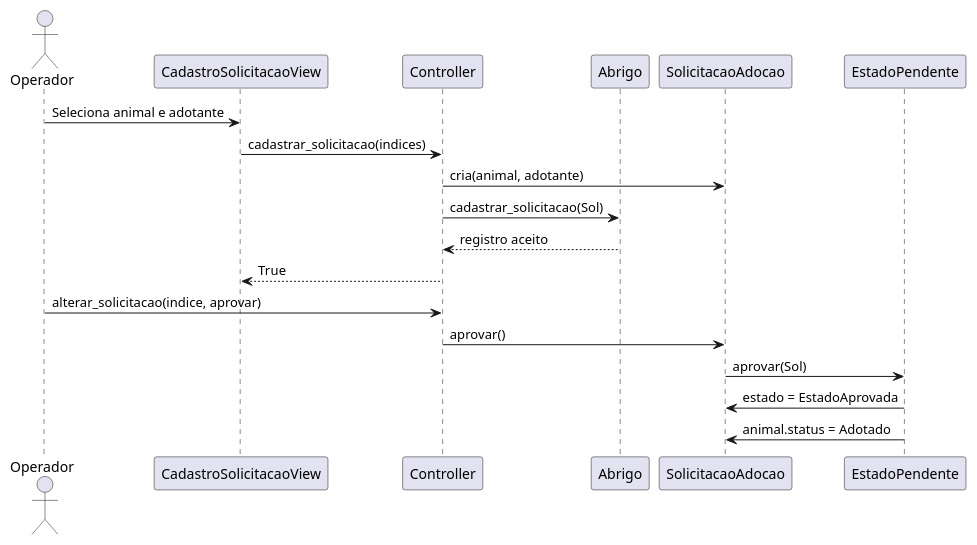
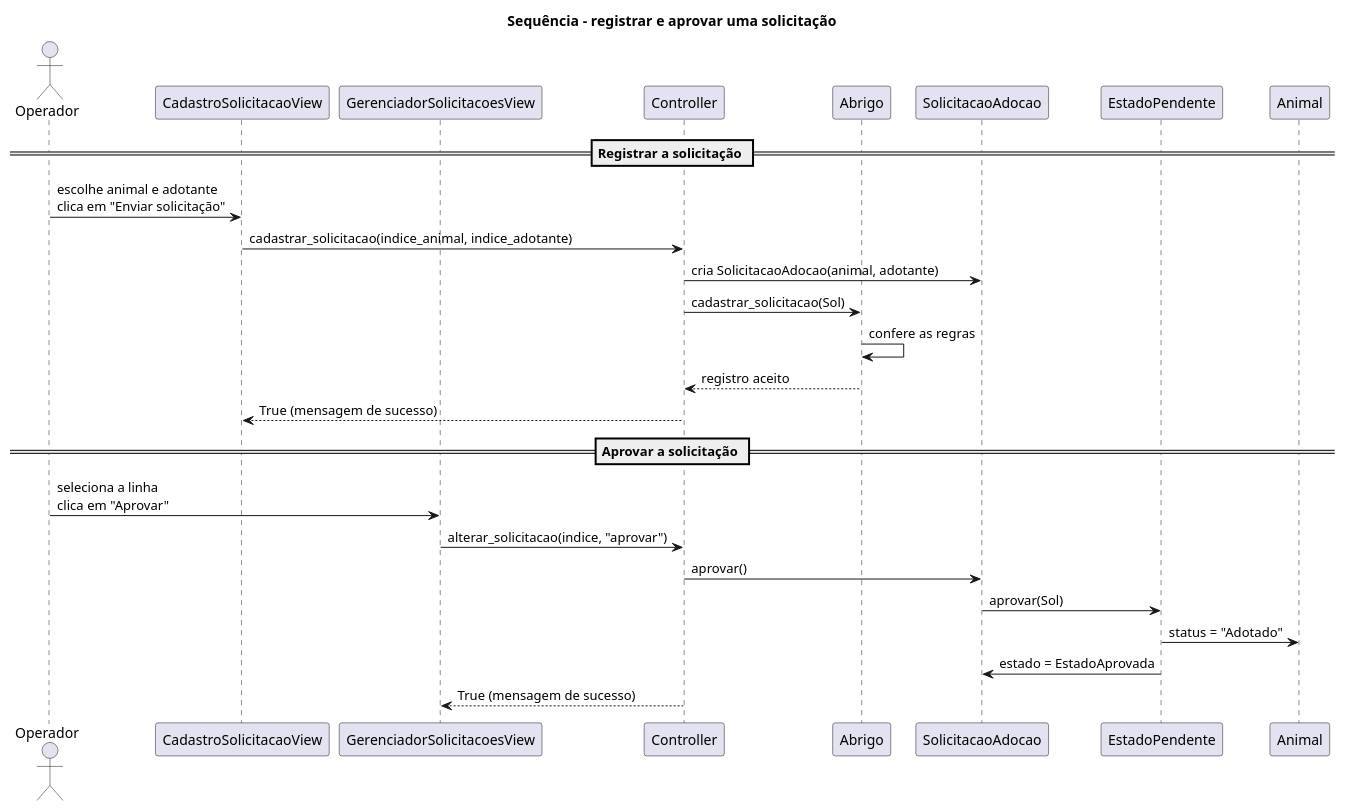
The diagram in docs/diagramas/sequencia-adocao.puml (Amandahpp/gestao-adocao-pets), drawn with PlantUML before and after one commit.

Commit message:
atualizacao sequencia-adocao.puml

```diff
--- a/docs/diagramas/sequencia-adocao.puml
+++ b/docs/diagramas/sequencia-adocao.puml
@@ -1,19 +1,30 @@
 @startuml
+title Sequência - registrar e aprovar uma solicitação
+
 actor Operador
 participant "CadastroSolicitacaoView" as View
+participant "GerenciadorSolicitacoesView" as GView
 participant Controller
 participant Abrigo
-participant "SolicitacaoAdocao" as Sol
-participant "EstadoPendente" as State
-Operador -> View : Seleciona animal e adotante
-View -> Controller : cadastrar_solicitacao(indices)
-Controller -> Sol : cria(animal, adotante)
+participant SolicitacaoAdocao as Sol
+participant EstadoPendente as Pend
+participant Animal
+
+== Registrar a solicitação ==
+Operador -> View : escolhe animal e adotante\nclica em "Enviar solicitação"
+View -> Controller : cadastrar_solicitacao(indice_animal, indice_adotante)
+Controller -> Sol : cria SolicitacaoAdocao(animal, adotante)
 Controller -> Abrigo : cadastrar_solicitacao(Sol)
+Abrigo -> Abrigo : confere as regras
 Abrigo --> Controller : registro aceito
-Controller --> View : True
-Operador -> Controller : alterar_solicitacao(indice, aprovar)
+Controller --> View : True (mensagem de sucesso)
+
+== Aprovar a solicitação ==
+Operador -> GView : seleciona a linha\nclica em "Aprovar"
+GView -> Controller : alterar_solicitacao(indice, "aprovar")
 Controller -> Sol : aprovar()
-Sol -> State : aprovar(Sol)
-State -> Sol : estado = EstadoAprovada
-State -> Sol : animal.status = Adotado
+Sol -> Pend : aprovar(Sol)
+Pend -> Animal : status = "Adotado"
+Pend -> Sol : estado = EstadoAprovada
+Controller --> GView : True (mensagem de sucesso)
 @enduml
```
